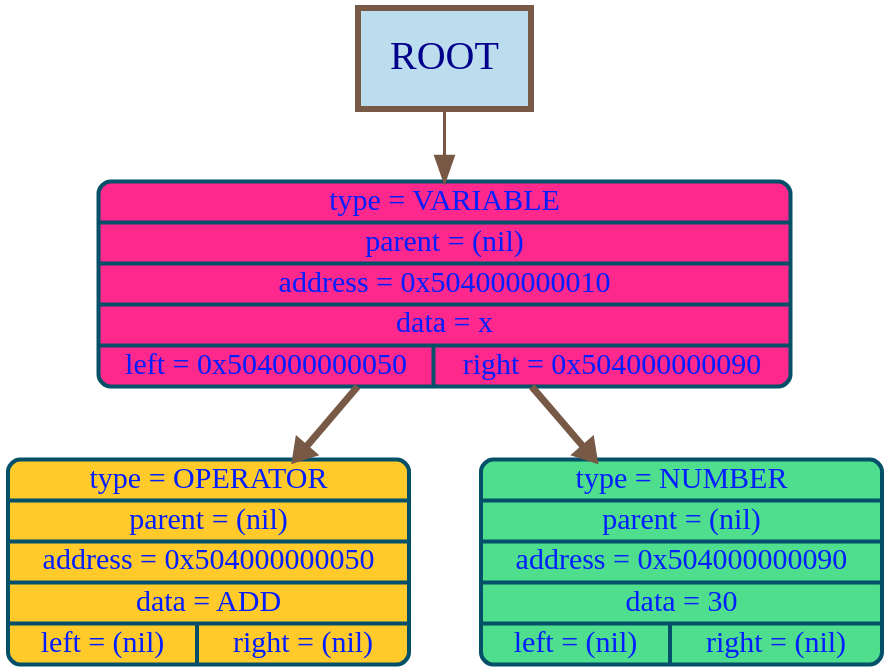
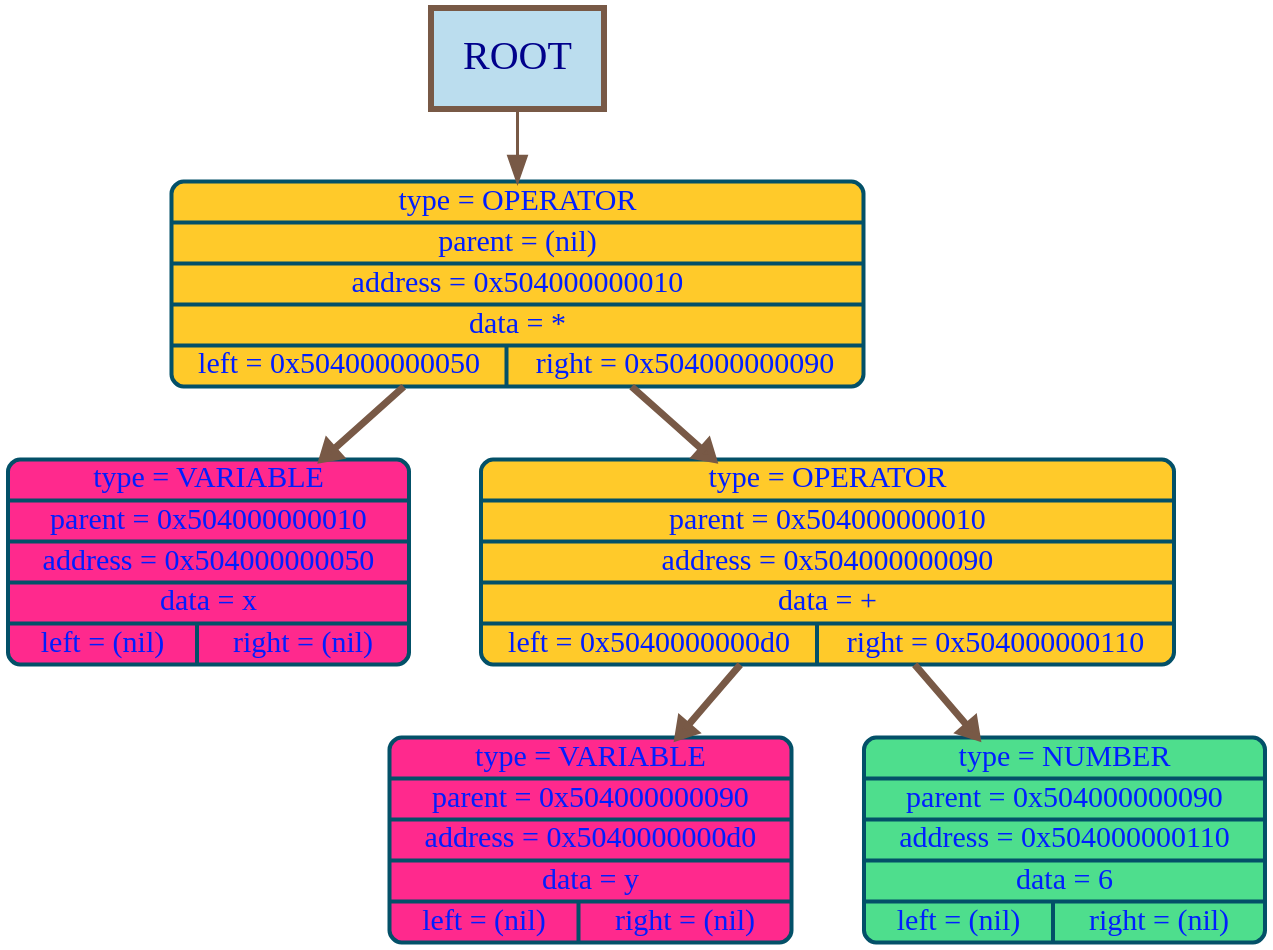
One commit to timoko3/diffirenciator changed the diagram in graphDumps/graphDump.dot. Above: the diagram before and after it, drawn with Graphviz. The commit also changed 27 other files, not shown here.

```diff
--- a/graphDumps/graphDump.dot
+++ b/graphDumps/graphDump.dot
@@ -1,14 +1,18 @@
 digraph G {
 bgcolor="transparent"
 nodesep = 1;
 ranksep = 1
 	node [shape=Mrecord, style="filled", fillcolor="#70c07cff", fontcolor="#001effff", color="#035068ff", penwidth=4, fontname="Menlo", fontsize=30];
 
-	node16 [label="{type = VARIABLE | parent = (nil) | address = 0x504000000010 | data = x | {left = 0x504000000050 | right = 0x504000000090}} ", fillcolor="#ff298dff"];
-	node80 [label="{type = OPERATOR | parent = (nil) | address = 0x504000000050 | data = ADD | {left = (nil) | right = (nil)}} ", fillcolor="#ffca2aff"];
-	node144 [label="{type = NUMBER | parent = (nil) | address = 0x504000000090 | data = 30 | {left = (nil) | right = (nil)}} ", fillcolor="#4ede8dff"];
+	node16 [label="{type = OPERATOR | parent = (nil) | address = 0x504000000010 | data = * | {left = 0x504000000050 | right = 0x504000000090}} ", fillcolor="#ffca2aff"];
+	node80 [label="{type = VARIABLE | parent = 0x504000000010 | address = 0x504000000050 | data = x | {left = (nil) | right = (nil)}} ", fillcolor="#ff298dff"];
+	node144 [label="{type = OPERATOR | parent = 0x504000000010 | address = 0x504000000090 | data = + | {left = 0x5040000000d0 | right = 0x504000000110}} ", fillcolor="#ffca2aff"];
+	node208 [label="{type = VARIABLE | parent = 0x504000000090 | address = 0x5040000000d0 | data = y | {left = (nil) | right = (nil)}} ", fillcolor="#ff298dff"];
+	node272 [label="{type = NUMBER | parent = 0x504000000090 | address = 0x504000000110 | data = 6 | {left = (nil) | right = (nil)}} ", fillcolor="#4ede8dff"];
 node16 ->node80 [color="#785946ff", arrowsize=1.5, penwidth=7, weight=1000];
 node16->node144 [color="#785946ff", arrowsize=1.5, penwidth=7, weight=1000];
+node144 ->node208 [color="#785946ff", arrowsize=1.5, penwidth=7, weight=1000];
+node144->node272 [color="#785946ff", arrowsize=1.5, penwidth=7, weight=1000];
 root_label [shape=box, width = 2.4, height = 1.4, label="ROOT", style="filled", fillcolor="#BBDDEE", color="#785946ff", penwidth = 6,  fontcolor="darkblue", fontsize = 40];
 root_label -> node16 [color="#785946ff"  , arrowsize=2.5, penwidth=3];
 }
```
